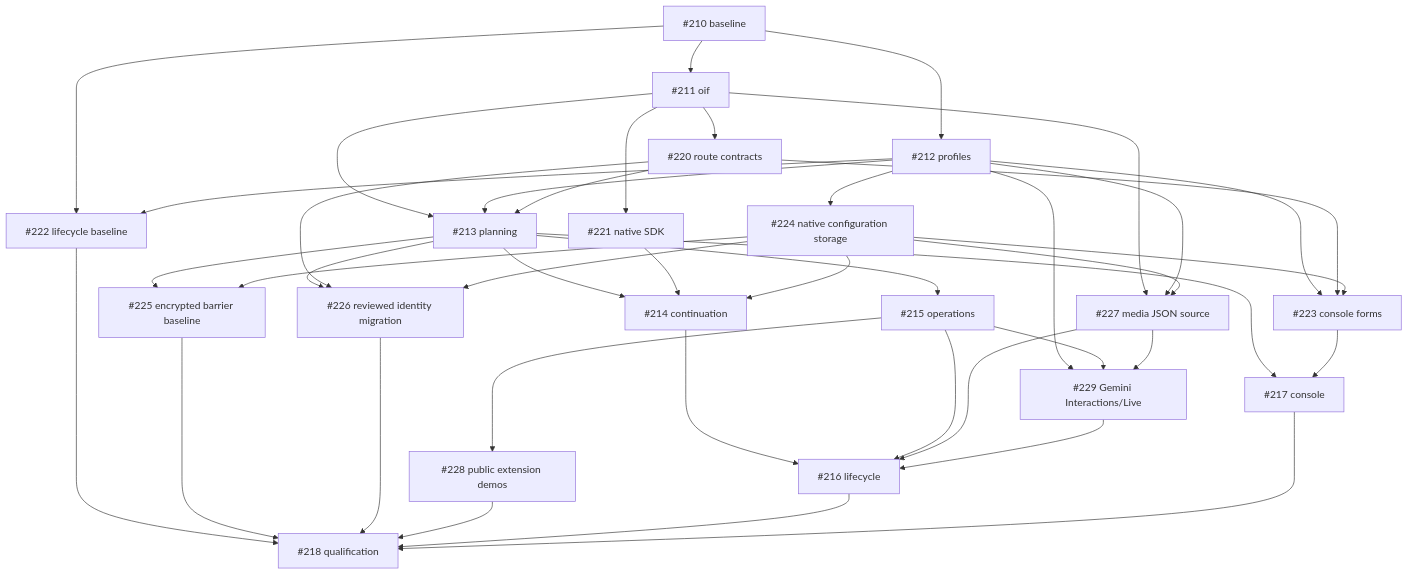
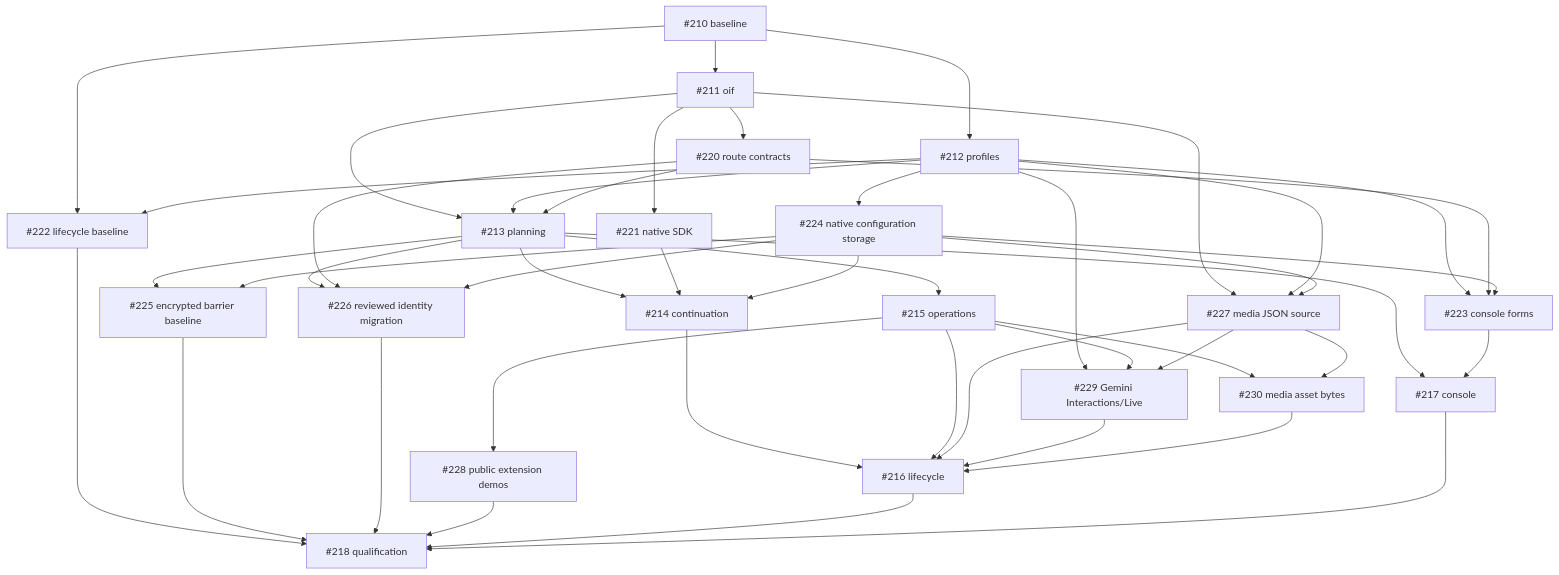
The diagram in docs/implementation/oif.md (tyk-swe/olp), drawn with Mermaid before and after one commit. The commit also changed other lines of this file, not shown here.

Commit message:
Track staged media byte identity prerequisite

````diff
--- a/docs/implementation/oif.md
+++ b/docs/implementation/oif.md
@@ -7,63 +7,67 @@
 ```mermaid
 graph TD
   baseline["#210 baseline"]
   oif["#211 oif"]
   baseline --> oif
   profiles["#212 profiles"]
   baseline --> profiles
   native_config_storage["#224 native configuration storage"]
   profiles --> native_config_storage
   planning["#213 planning"]
   oif --> planning
   profiles --> planning
   route_contracts["#220 route contracts"]
   oif --> route_contracts
   route_contracts --> planning
   continuation["#214 continuation"]
   planning --> continuation
   native_sdk["#221 native SDK"]
   oif --> native_sdk
   native_sdk --> continuation
   native_config_storage --> continuation
   operations["#215 operations"]
   planning --> operations
   lifecycle["#216 lifecycle"]
   continuation --> lifecycle
   operations --> lifecycle
   media_source_foundation["#227 media JSON source"]
   oif --> media_source_foundation
   profiles --> media_source_foundation
   native_config_storage --> media_source_foundation
   media_source_foundation --> lifecycle
   gemini_lifecycle_foundation["#229 Gemini Interactions/Live"]
   profiles --> gemini_lifecycle_foundation
   operations --> gemini_lifecycle_foundation
   media_source_foundation --> gemini_lifecycle_foundation
   gemini_lifecycle_foundation --> lifecycle
+  media_asset_foundation["#230 media asset bytes"]
+  operations --> media_asset_foundation
+  media_source_foundation --> media_asset_foundation
+  media_asset_foundation --> lifecycle
   console["#217 console"]
   planning --> console
   console_forms["#223 console forms"]
   profiles --> console_forms
   route_contracts --> console_forms
   native_config_storage --> console_forms
   console_forms --> console
   qualification["#218 qualification"]
   lifecycle_baseline["#222 lifecycle baseline"]
   baseline --> lifecycle_baseline
   profiles --> lifecycle_baseline
   lifecycle_baseline --> qualification
   barrier_baseline["#225 encrypted barrier baseline"]
   planning --> barrier_baseline
   native_config_storage --> barrier_baseline
   barrier_baseline --> qualification
   migration_foundation["#226 reviewed identity migration"]
   planning --> migration_foundation
   route_contracts --> migration_foundation
   native_config_storage --> migration_foundation
   migration_foundation --> qualification
   extension_demos["#228 public extension demos"]
   operations --> extension_demos
   extension_demos --> qualification
   lifecycle --> qualification
   console --> qualification
 ```
````
